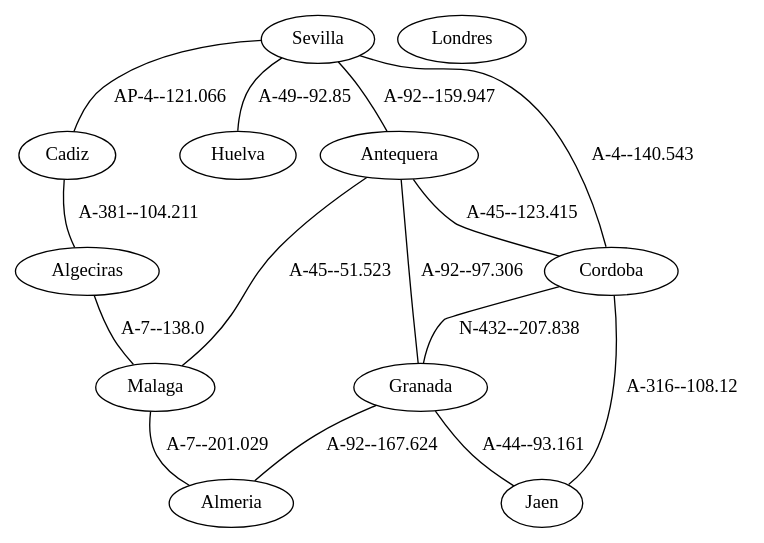
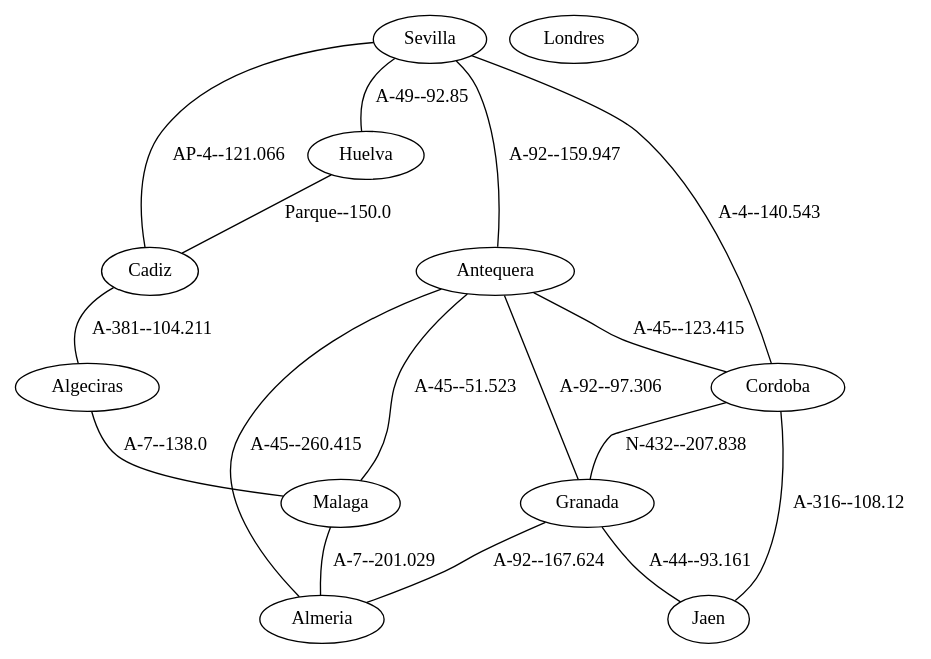
One commit to migueltoro/ada_v2_18 changed the diagram in java/EjemplosDeGrafos/ficheros/andalucia.gv. Above: the diagram before and after it, drawn with Graphviz. The commit also changed 32 other files, not shown here.

```diff
--- a/java/EjemplosDeGrafos/ficheros/andalucia.gv
+++ b/java/EjemplosDeGrafos/ficheros/andalucia.gv
@@ -1,27 +1,29 @@
 strict graph G {
   1 [ label="Sevilla" ];
   2 [ label="Cadiz" ];
   3 [ label="Huelva" ];
   4 [ label="Cordoba" ];
   5 [ label="Malaga" ];
   6 [ label="Antequera" ];
   7 [ label="Almeria" ];
   8 [ label="Granada" ];
   9 [ label="Jaen" ];
   10 [ label="Algeciras" ];
   11 [ label="Londres" ];
   1 -- 3 [ label="A-49--92.85" ];
   1 -- 4 [ label="A-4--140.543" ];
   1 -- 2 [ label="AP-4--121.066" ];
   1 -- 6 [ label="A-92--159.947" ];
+  3 -- 2 [ label="Parque--150.0" ];
   6 -- 8 [ label="A-92--97.306" ];
   6 -- 5 [ label="A-45--51.523" ];
   6 -- 4 [ label="A-45--123.415" ];
+  6 -- 7 [ label="A-45--260.415" ];
   5 -- 7 [ label="A-7--201.029" ];
   4 -- 9 [ label="A-316--108.12" ];
   4 -- 8 [ label="N-432--207.838" ];
   8 -- 7 [ label="A-92--167.624" ];
   8 -- 9 [ label="A-44--93.161" ];
   2 -- 10 [ label="A-381--104.211" ];
   10 -- 5 [ label="A-7--138.0" ];
 }
```
